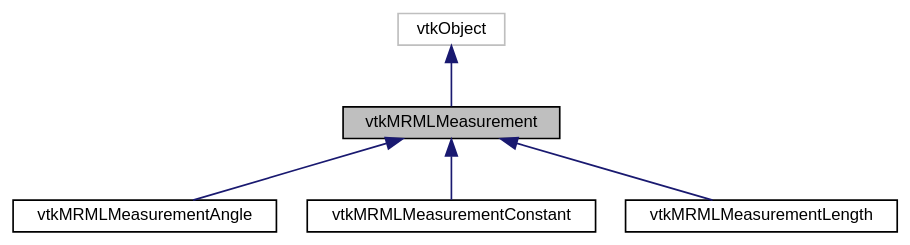
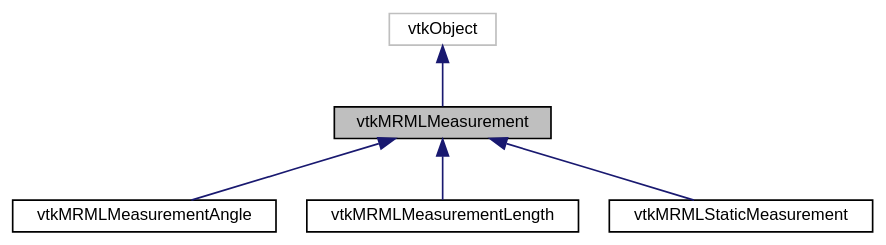
The diagram in master/classvtkMRMLMeasurement__inherit__graph.dot (jamesobutler/apidocs.slicer.org), drawn with Graphviz before and after one commit. The commit also changed 4424 other files, not shown here.

```diff
--- a/master/classvtkMRMLMeasurement__inherit__graph.dot
+++ b/master/classvtkMRMLMeasurement__inherit__graph.dot
@@ -1,15 +1,15 @@
 digraph "vtkMRMLMeasurement"
 {
   bgcolor="transparent";
   edge [fontname="Helvetica",fontsize="10",labelfontname="Helvetica",labelfontsize="10"];
   node [fontname="Helvetica",fontsize="10",shape=record];
   Node0 [label="vtkMRMLMeasurement",height=0.2,width=0.4,color="black", fillcolor="grey75", style="filled", fontcolor="black"];
   Node1 -> Node0 [dir="back",color="midnightblue",fontsize="10",style="solid",fontname="Helvetica"];
   Node1 [label="vtkObject",height=0.2,width=0.4,color="grey75"];
   Node0 -> Node2 [dir="back",color="midnightblue",fontsize="10",style="solid",fontname="Helvetica"];
   Node2 [label="vtkMRMLMeasurementAngle",height=0.2,width=0.4,color="black",URL="$classvtkMRMLMeasurementAngle.html",tooltip="Measurement class calculating angle. "];
   Node0 -> Node3 [dir="back",color="midnightblue",fontsize="10",style="solid",fontname="Helvetica"];
-  Node3 [label="vtkMRMLMeasurementConstant",height=0.2,width=0.4,color="black",URL="$classvtkMRMLMeasurementConstant.html",tooltip="Measurement class storing a constant measurement. "];
+  Node3 [label="vtkMRMLMeasurementLength",height=0.2,width=0.4,color="black",URL="$classvtkMRMLMeasurementLength.html",tooltip="Measurement class calculating curve length. "];
   Node0 -> Node4 [dir="back",color="midnightblue",fontsize="10",style="solid",fontname="Helvetica"];
-  Node4 [label="vtkMRMLMeasurementLength",height=0.2,width=0.4,color="black",URL="$classvtkMRMLMeasurementLength.html",tooltip="Measurement class calculating curve length. "];
+  Node4 [label="vtkMRMLStaticMeasurement",height=0.2,width=0.4,color="black",URL="$classvtkMRMLStaticMeasurement.html",tooltip="Measurement class storing a constant measurement. "];
 }
```
